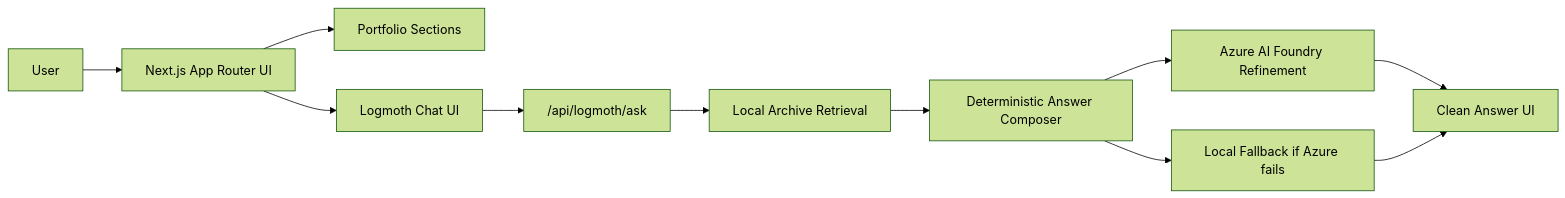
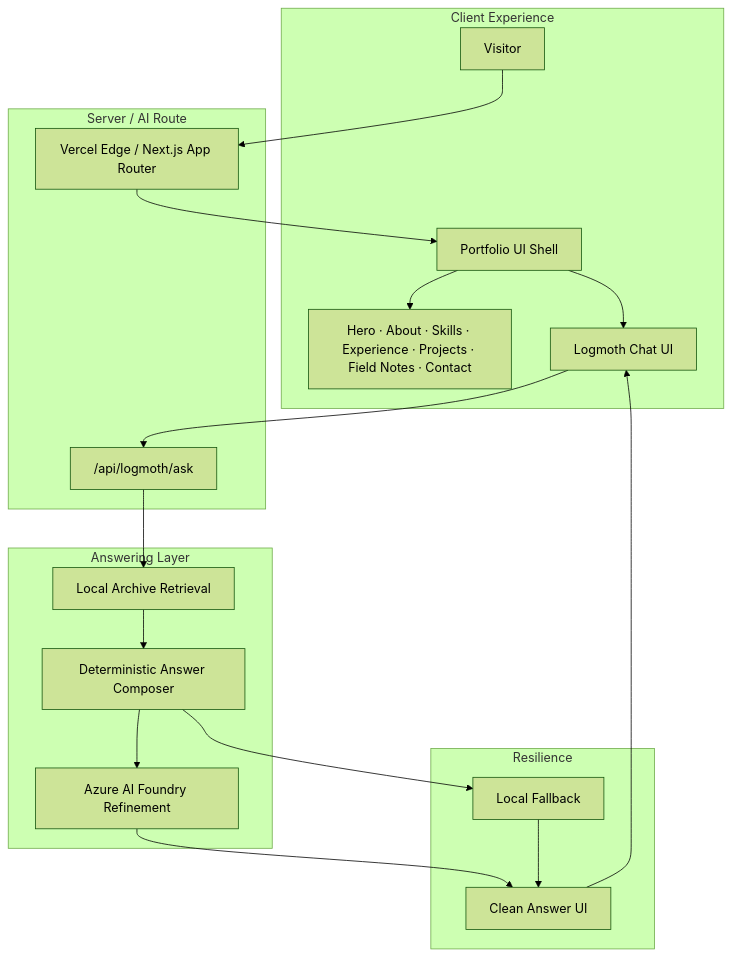
Before and after one commit to RPK2103/the-build-archive-showcase: the first of 5 diagrams in docs/architecture.md, drawn with Mermaid (forest theme). The commit also changed other lines of this file and 7 other files, not shown here.

````diff
--- a/docs/architecture.md
+++ b/docs/architecture.md
@@ -9,13 +28,36 @@
 ```mermaid
-flowchart LR
-    A[User] --> B[Next.js App Router UI]
-    B --> C[Portfolio Sections]
-    B --> D[Logmoth Chat UI]
-    D --> E["/api/logmoth/ask"]
-    E --> F[Local Archive Retrieval]
-    F --> G[Deterministic Answer Composer]
-    G --> H[Azure AI Foundry Refinement]
-    G --> I[Local Fallback if Azure fails]
-    H --> J[Clean Answer UI]
-    I --> J
+flowchart TB
+  subgraph Client["Client Experience"]
+    V[Visitor]
+    UI[Portfolio UI Shell]
+    SEC[Hero · About · Skills · Experience · Projects · Field Notes · Contact]
+    CHAT[Logmoth Chat UI]
+  end
+
+  subgraph Server["Server / AI Route"]
+    EDGE[Vercel Edge / Next.js App Router]
+    API["/api/logmoth/ask"]
+  end
+
+  subgraph Answer["Answering Layer"]
+    RET[Local Archive Retrieval]
+    COMP[Deterministic Answer Composer]
+    AZ[Azure AI Foundry Refinement]
+  end
+
+  subgraph Resilience["Resilience"]
+    FB[Local Fallback]
+    OUT[Clean Answer UI]
+  end
+
+  V --> EDGE --> UI
+  UI --> SEC
+  UI --> CHAT
+  CHAT --> API
+  API --> RET --> COMP
+  COMP --> AZ
+  COMP --> FB
+  AZ --> OUT
+  FB --> OUT
+  OUT --> CHAT
 ```
````
